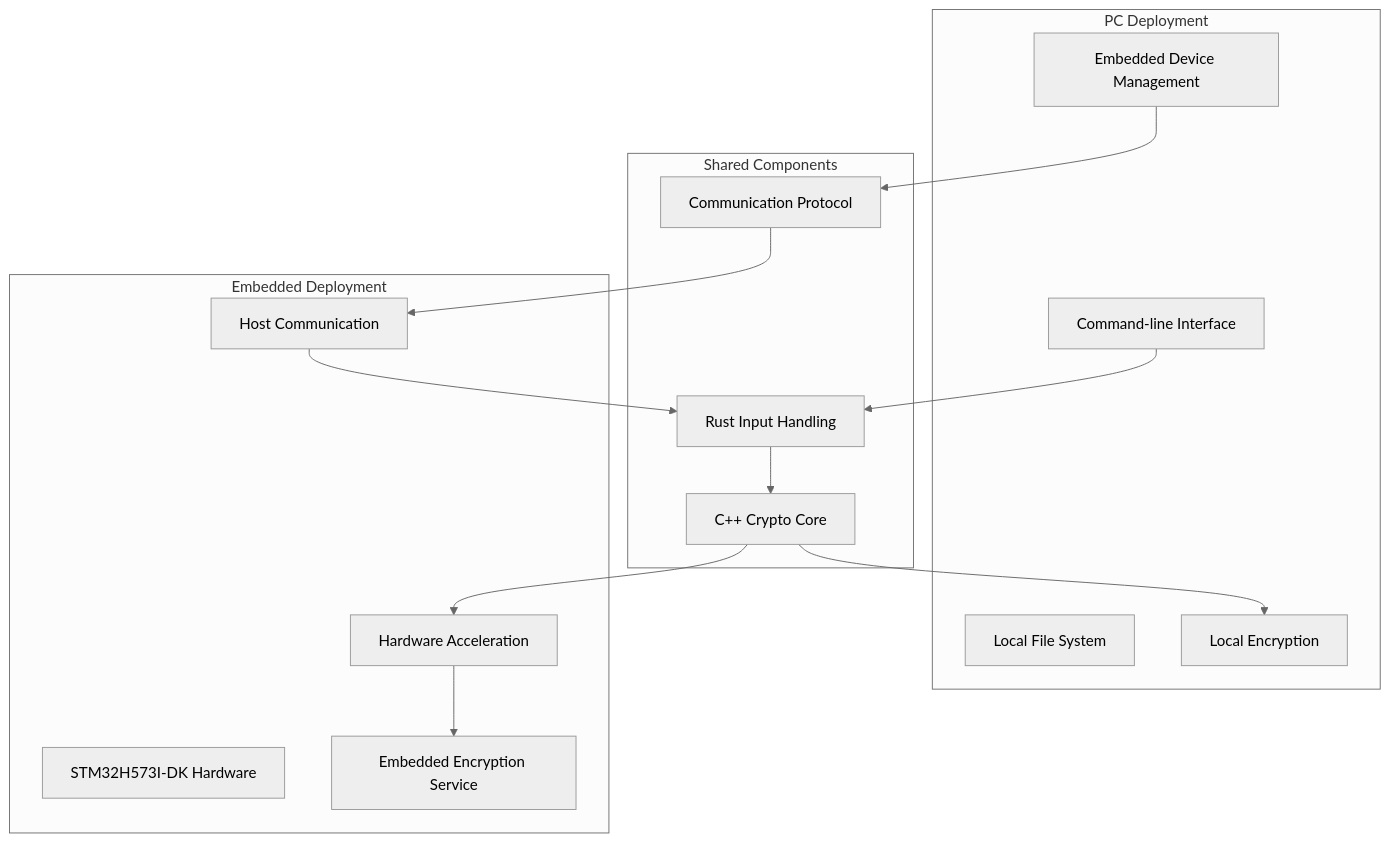
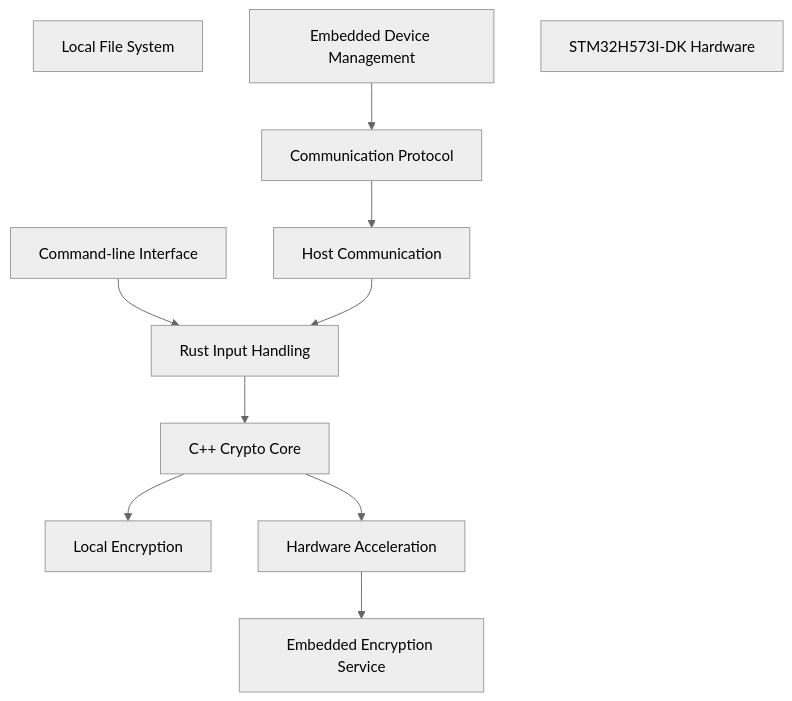
The second of 7 diagrams in Documentation/CRUSTY-Core_System_Design.md (shahern004/CRUSTy-Core), drawn with Mermaid (neutral theme) before and after one commit. The commit also changed other lines of this file, not shown here.

Commit message:
Fix Mermaid diagrams in system design document to resolve rendering issues

````diff
--- a/Documentation/CRUSTY-Core_System_Design.md
+++ b/Documentation/CRUSTY-Core_System_Design.md
@@ -56,32 +54,30 @@
 ```mermaid
 graph TD
-    subgraph "PC Deployment"
-        A1[Command-line Interface]
-        B1[Local File System]
-        C1[Local Encryption]
-        D1[Embedded Device Management]
-    end
+    %% PC Deployment
+    A1[Command-line Interface]
+    B1[Local File System]
+    C1[Local Encryption]
+    D1[Embedded Device Management]
     
-    subgraph "Embedded Deployment"
-        A2[STM32H573I-DK Hardware]
-        B2[Hardware Acceleration]
-        C2[Host Communication]
-        D2[Embedded Encryption Service]
-    end
+    %% Embedded Deployment
+    A2[STM32H573I-DK Hardware]
+    B2[Hardware Acceleration]
+    C2[Host Communication]
+    D2[Embedded Encryption Service]
     
-    subgraph "Shared Components"
-        E1[Rust Input Handling]
-        F1[C++ Crypto Core]
-        G1[Communication Protocol]
-    end
+    %% Shared Components
+    E1[Rust Input Handling]
+    F1[C++ Crypto Core]
+    G1[Communication Protocol]
     
+    %% Connections
     A1 --> E1
     E1 --> F1
     F1 --> C1
     D1 --> G1
     
     C2 --> E1
     F1 --> B2
     G1 --> C2
     B2 --> D2
 ```
````
